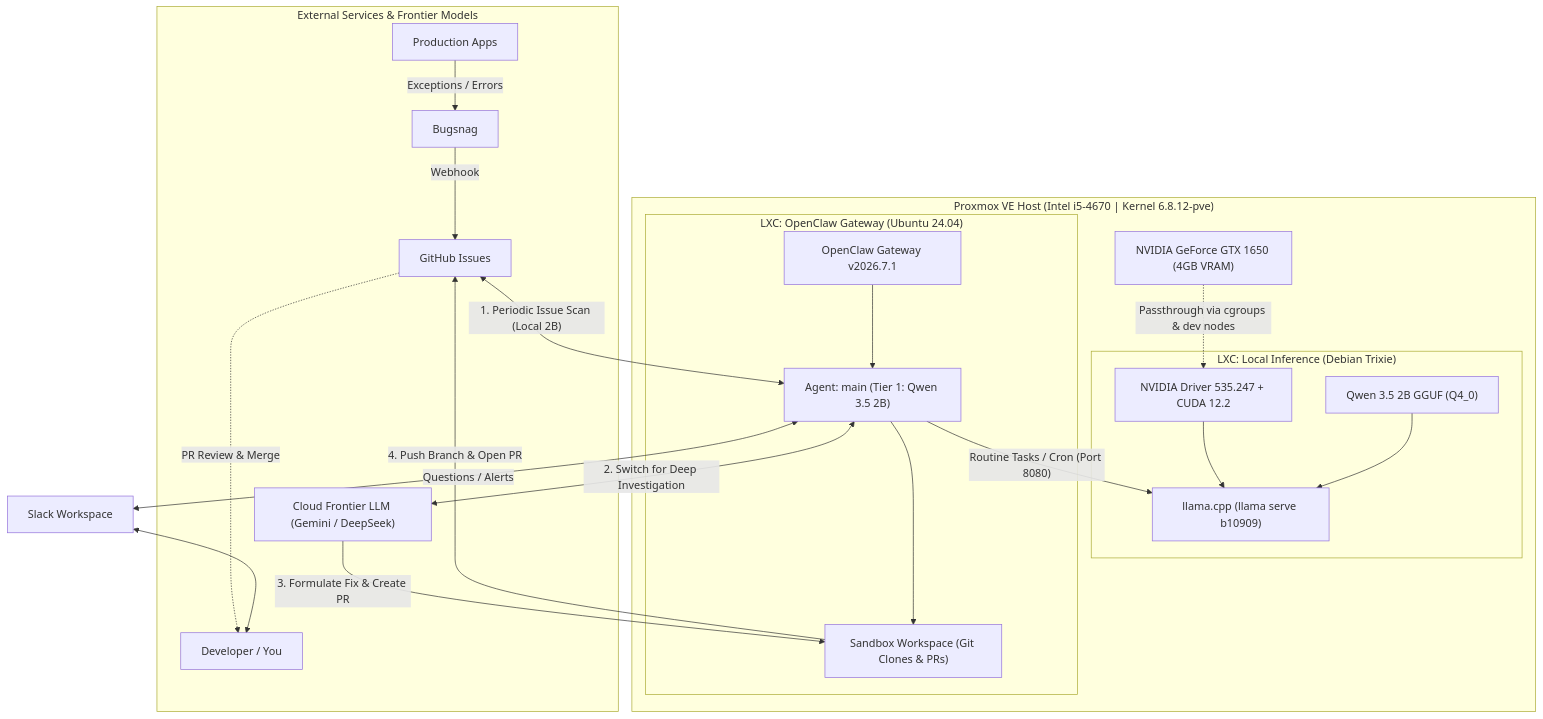
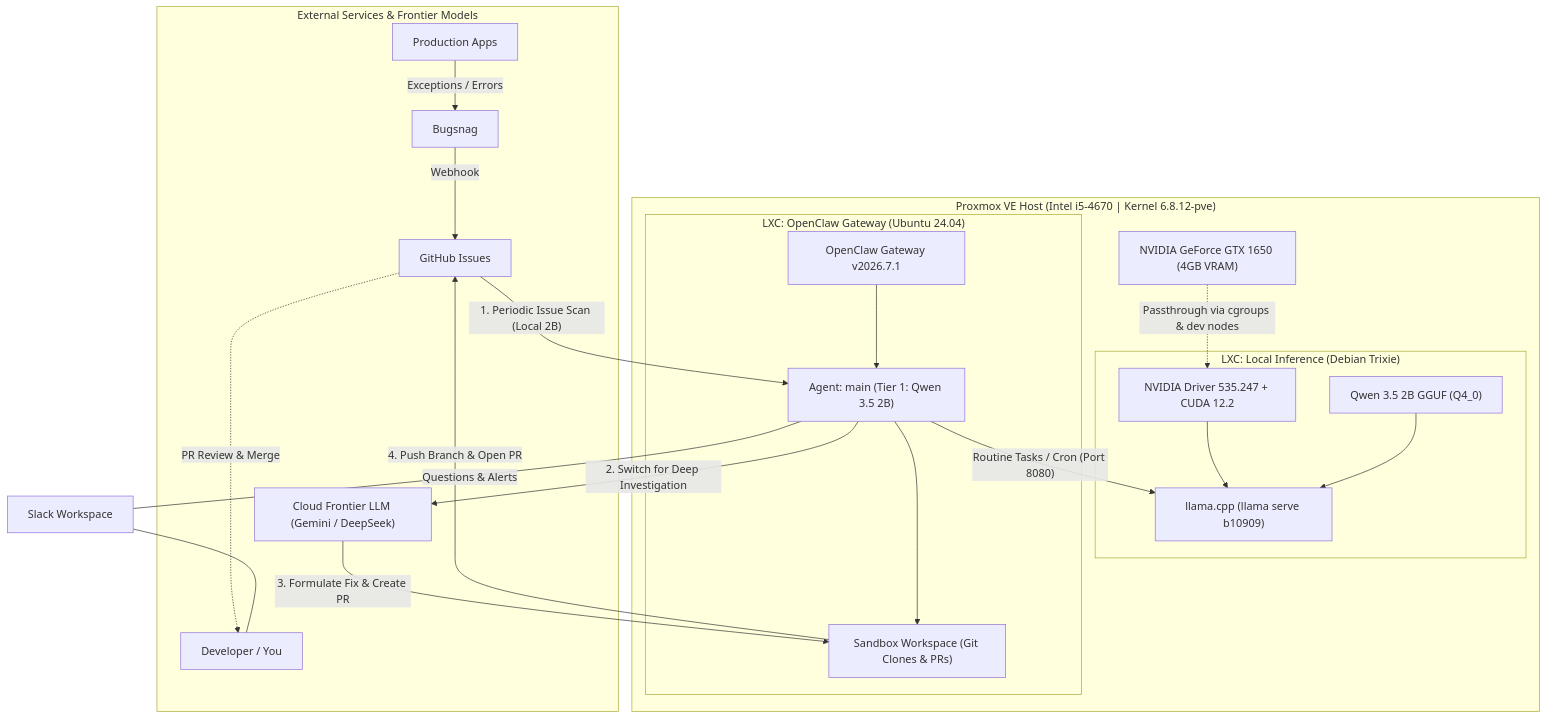
One commit to allensandiego/page changed the diagram in _posts/2026-09-12-self-hosting-openclaw-agent-proxmox-lxc-gtx-1650-llama-cpp-qwen.md. Above: the diagram before and after it, drawn with Mermaid. The commit also changed other lines of this file, not shown here.

Commit message:
fix(blog): enable mermaid in frontmatter and fix diagram syntax

````diff
--- a/_posts/2026-09-12-self-hosting-openclaw-agent-proxmox-lxc-gtx-1650-llama-cpp-qwen.md
+++ b/_posts/2026-09-12-self-hosting-openclaw-agent-proxmox-lxc-gtx-1650-llama-cpp-qwen.md
@@ -48,39 +49,39 @@
 ```mermaid
-graph TD
+flowchart TD
     subgraph Cloud["External Services & Frontier Models"]
         APPS["Production Apps"] -->|"Exceptions / Errors"| BUGSNAG["Bugsnag"]
         BUGSNAG -->|"Webhook"| GH["GitHub Issues"]
         CLOUD_LLM["Cloud Frontier LLM (Gemini / DeepSeek)"]
         GH -.->|"PR Review & Merge"| USER["Developer / You"]
     end
 
     subgraph Host["Proxmox VE Host (Intel i5-4670 | Kernel 6.8.12-pve)"]
         GPU["NVIDIA GeForce GTX 1650 (4GB VRAM)"]
 
         subgraph LXC_INFERENCE["LXC: Local Inference (Debian Trixie)"]
             NV["NVIDIA Driver 535.247 + CUDA 12.2"]
             LLAMA["llama.cpp (llama serve b10909)"]
             MODEL["Qwen 3.5 2B GGUF (Q4_0)"]
             NV --> LLAMA
             MODEL --> LLAMA
         end
 
         subgraph LXC_CLAW["LXC: OpenClaw Gateway (Ubuntu 24.04)"]
             GATEWAY["OpenClaw Gateway v2026.7.1"]
             AGENT["Agent: main (Tier 1: Qwen 3.5 2B)"]
             WORKSPACE["Sandbox Workspace (Git Clones & PRs)"]
             GATEWAY --> AGENT
             AGENT --> WORKSPACE
         end
 
-        GPU -. Passthrough via cgroups & dev nodes .-> NV
-        AGENT -- "Routine Tasks / Cron (Port 8080)" --> LLAMA
+        GPU -.->|"Passthrough via cgroups & dev nodes"| NV
+        AGENT -->|"Routine Tasks / Cron (Port 8080)"| LLAMA
     end
 
-    GH <-->|"1. Periodic Issue Scan (Local 2B)"| AGENT
-    AGENT <-->|"2. Switch for Deep Investigation"| CLOUD_LLM
+    GH -->|"1. Periodic Issue Scan (Local 2B)"| AGENT
+    AGENT -->|"2. Switch for Deep Investigation"| CLOUD_LLM
     CLOUD_LLM -->|"3. Formulate Fix & Create PR"| WORKSPACE
     WORKSPACE -->|"4. Push Branch & Open PR"| GH
-    AGENT <-->|"Questions / Alerts"| SLACK["Slack Workspace"]
-    SLACK <--> USER
+    AGENT ---|"Questions & Alerts"| SLACK["Slack Workspace"]
+    SLACK --- USER
 ```
````
